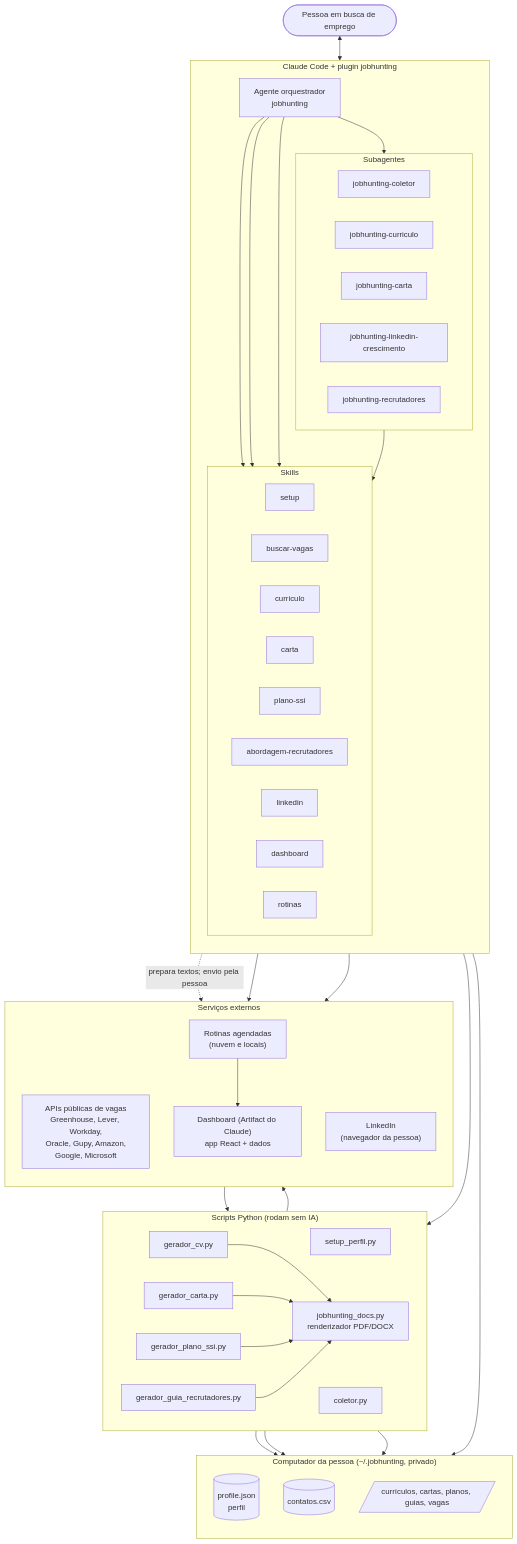
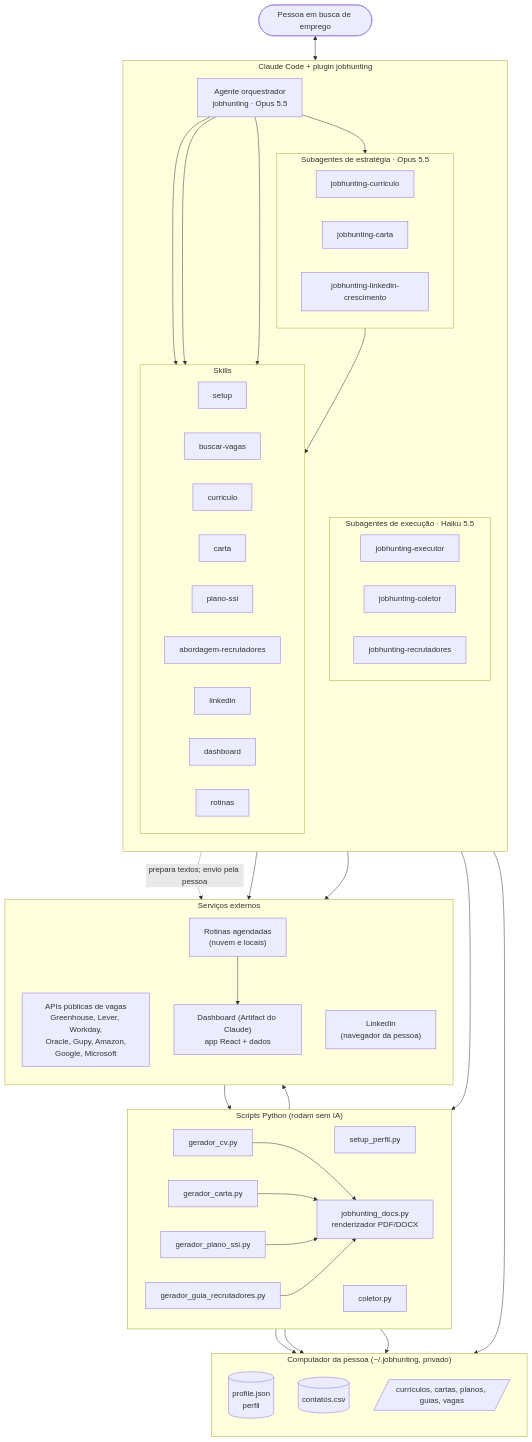
One commit to fajoao/JobHunting changed the first of 3 diagrams in docs/arquitetura.md. Above: the diagram before and after it, drawn with Mermaid. The commit also changed other lines of this file and 20 other files, not shown here.

First line of the commit message:
v0.6.0: Opus 5.5 para estratégia, Haiku 5.5 para execução

````diff
--- a/docs/arquitetura.md
+++ b/docs/arquitetura.md
@@ -7,72 +7,76 @@
 ```mermaid
 flowchart TB
     U([Pessoa em busca de emprego])
 
     subgraph CC["Claude Code + plugin jobhunting"]
         direction TB
-        ORQ["Agente orquestrador<br/>jobhunting"]
-        subgraph SUB["Subagentes"]
+        ORQ["Agente orquestrador<br/>jobhunting · Opus 5.5"]
+        subgraph SUB["Subagentes de estratégia · Opus 5.5"]
             direction LR
-            A1[jobhunting-coletor]
             A2[jobhunting-curriculo]
             A3[jobhunting-carta]
             A4[jobhunting-linkedin-crescimento]
+        end
+        subgraph EXE["Subagentes de execução · Haiku 5.5"]
+            direction LR
+            A6[jobhunting-executor]
+            A1[jobhunting-coletor]
             A5[jobhunting-recrutadores]
         end
         subgraph SK["Skills"]
             direction LR
             S0[setup]
             S1[buscar-vagas]
             S2[curriculo]
             S3[carta]
             S4[plano-ssi]
             S5[abordagem-recrutadores]
             S6[linkedin]
             S7[dashboard]
             S8[rotinas]
         end
         ORQ --> SUB
         SUB --> SK
         ORQ --> S0 & S7 & S8
     end
 
     subgraph LOCAL["Computador da pessoa (~/.jobhunting, privado)"]
         direction TB
         P[(profile.json<br/>perfil)]
         C[(contatos.csv)]
         O[/currículos, cartas, planos, guias, vagas/]
     end
 
     subgraph PY["Scripts Python (rodam sem IA)"]
         direction LR
         G0[setup_perfil.py]
         G1[coletor.py]
         G2[gerador_cv.py]
         G3[gerador_carta.py]
         G4[gerador_plano_ssi.py]
         G5[gerador_guia_recrutadores.py]
         R[jobhunting_docs.py<br/>renderizador PDF/DOCX]
         G2 & G3 & G4 & G5 --> R
     end
 
     subgraph EXT["Serviços externos"]
         direction TB
         ATS["APIs públicas de vagas<br/>Greenhouse, Lever, Workday,<br/>Oracle, Gupy, Amazon,<br/>Google, Microsoft"]
         LI["LinkedIn<br/>(navegador da pessoa)"]
         DASH["Dashboard (Artifact do Claude)<br/>app React + dados"]
         ROT["Rotinas agendadas<br/>(nuvem e locais)"]
     end
 
     U <--> ORQ
     SK --> PY
     G0 --> P
     PY --> P
     PY --> O
     G1 --> ATS
     S6 -. "prepara textos; envio pela pessoa" .-> LI
     S6 --> C
     S7 --> DASH
     S8 --> ROT
     ROT --> G1
     ROT --> DASH
 ```
````
